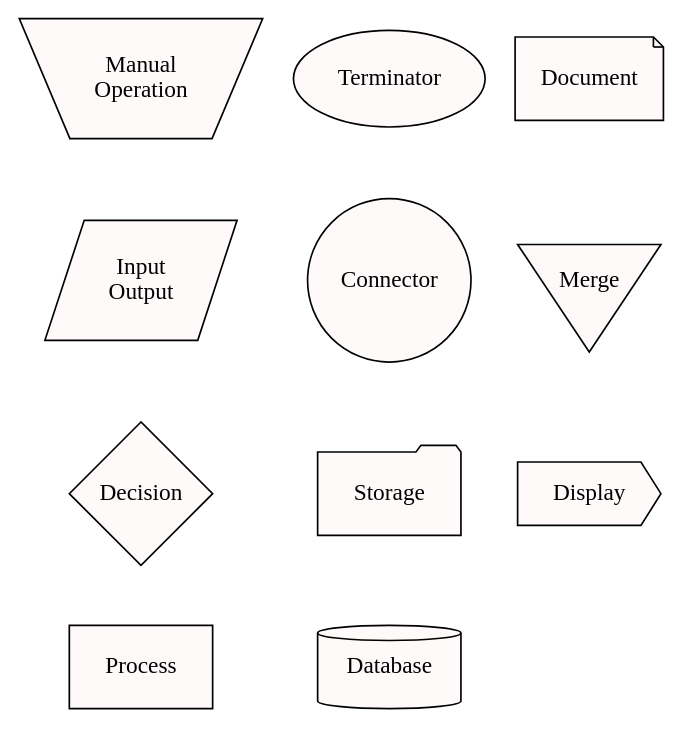
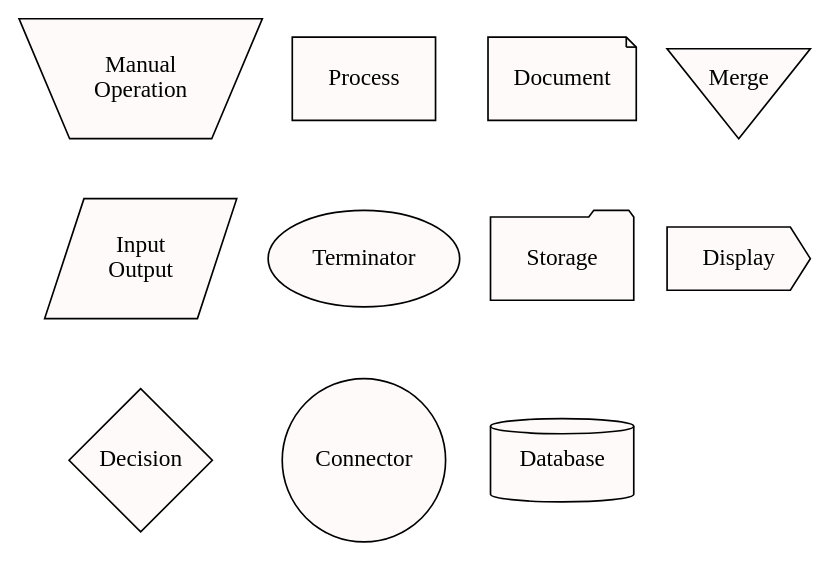
Before and after one commit to thegrill/grill: the diagram in docs/source/flowchart_legend.dot, drawn with Graphviz. The commit also changed 2 other files, not shown here.

```diff
--- a/docs/source/flowchart_legend.dot
+++ b/docs/source/flowchart_legend.dot
@@ -1,19 +1,20 @@
-digraph G {
+digraph flowchart_symbols {
     bgcolor=invis
     node [style=filled fillcolor=snow]
     edge [style=invis]
     manual_op [shape=invtrapezium label="Manual\nOperation" height="1"]
     io [shape=parallelogram label="Input\nOutput" height="1"]
     decision [shape=diamond label="Decision" fixedsize="True", height="1.2", width="1.2"]
     process [shape=box label="Process" height=0.7 width=1.2]
     terminator [shape=ellipse label="Terminator" height=".8" width="1.6"]
     connector [shape=circle label="Connector" height=".8"]
     storage [shape=folder label="Storage" height=0.7 width=1.2]
     db [shape=cylinder label="Database" height=0.7 width=1.2]
     document [shape=note label="Document" height=0.7 width=1.2]
-    merge [shape=invtriangle label="Merge" fixedsize="True", height="1.2", width="1.2"]
+    merge [shape=invtriangle label="Merge" fixedsize="True", height="1", width="1.2"]
     display [shape=cds label="Display" height=0.7 width=1.2]
-    manual_op -> io -> decision -> process
-    terminator -> connector -> storage -> db
-    document -> merge -> display
+    manual_op -> io -> decision
+    process -> terminator -> connector
+    document -> storage -> db
+    merge -> display
 }
```
